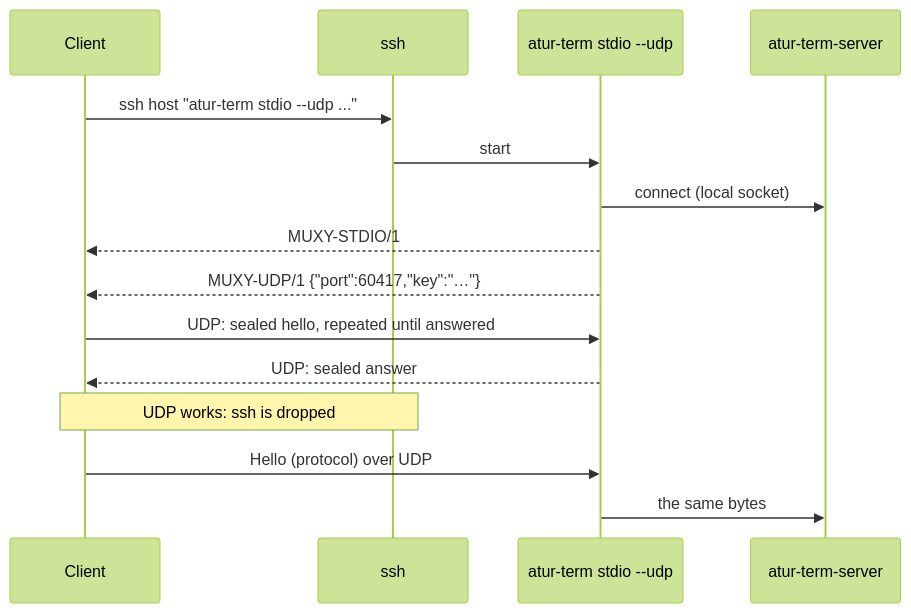
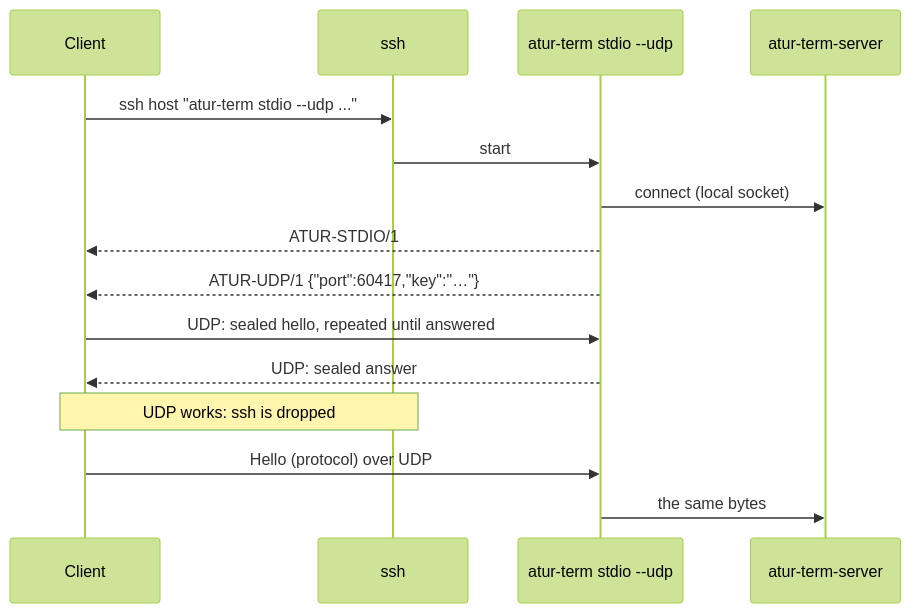
Before and after one commit to dzulfikar08/atur-terminal: the diagram in docs/tech/udp-transport.md, drawn with Mermaid (forest theme). The commit also changed other lines of this file and 212 other files, not shown here.

Commit message:
Rename every user-visible Muxy name to Atur, keeping the old names as read fallbacks

````diff
--- a/docs/tech/udp-transport.md
+++ b/docs/tech/udp-transport.md
@@ -29,17 +29,17 @@
 ```mermaid
 sequenceDiagram
     participant C as Client
     participant S as ssh
     participant R as atur-term stdio --udp
     participant D as atur-term-server
     C->>S: ssh host "atur-term stdio --udp ..."
     S->>R: start
     R->>D: connect (local socket)
-    R-->>C: MUXY-STDIO/1
-    R-->>C: MUXY-UDP/1 {"port":60417,"key":"…"}
+    R-->>C: ATUR-STDIO/1
+    R-->>C: ATUR-UDP/1 {"port":60417,"key":"…"}
     C->>R: UDP: sealed hello, repeated until answered
     R-->>C: UDP: sealed answer
     Note over C,S: UDP works: ssh is dropped
     C->>R: Hello (protocol) over UDP
     R->>D: the same bytes
 ```
````
